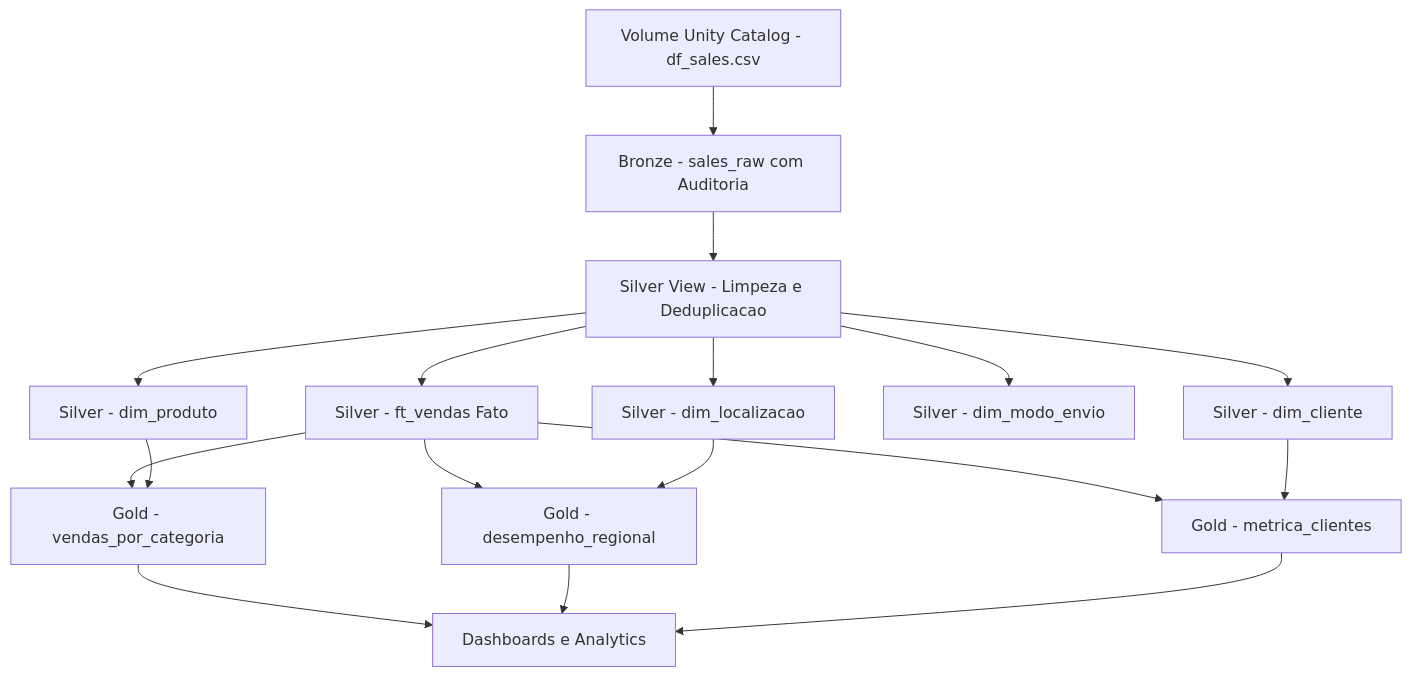
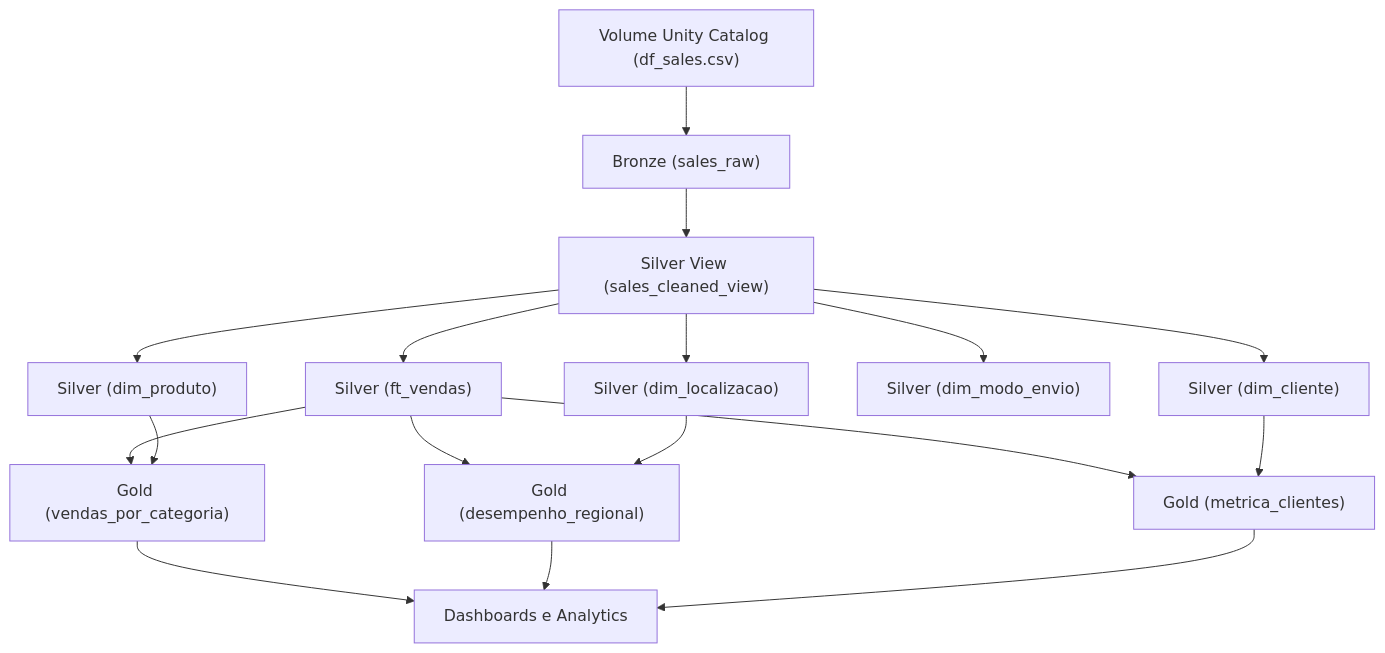
Before and after one commit to RafaelOCorrea/databricks-lakehouse-dataops: the first of 2 diagrams in README.md, drawn with Mermaid. The commit also changed other lines of this file, not shown here.

Commit message:
docs: use canonical graph syntax for 100% github mermaid compatibility

````diff
--- a/README.md
+++ b/README.md
@@ -15,32 +15,19 @@
 ```mermaid
-flowchart TD
-    RAW[Volume Unity Catalog - df_sales.csv]
-    B1[Bronze - sales_raw com Auditoria]
-    V_CLEAN[Silver View - Limpeza e Deduplicacao]
-    D_PROD[Silver - dim_produto]
-    D_CLI[Silver - dim_cliente]
-    D_LOC[Silver - dim_localizacao]
-    D_ENV[Silver - dim_modo_envio]
-    F_VENDAS[Silver - ft_vendas Fato]
-    G_CAT[Gold - vendas_por_categoria]
-    G_REG[Gold - desempenho_regional]
-    G_CLI[Gold - metrica_clientes]
-    BI[Dashboards e Analytics]
-
-    RAW --> B1
-    B1 --> V_CLEAN
-    V_CLEAN --> D_PROD
-    V_CLEAN --> D_CLI
-    V_CLEAN --> D_LOC
-    V_CLEAN --> D_ENV
-    V_CLEAN --> F_VENDAS
-    F_VENDAS --> G_CAT
-    F_VENDAS --> G_REG
-    F_VENDAS --> G_CLI
-    D_PROD --> G_CAT
-    D_LOC --> G_REG
-    D_CLI --> G_CLI
-    G_CAT --> BI
-    G_REG --> BI
-    G_CLI --> BI
+graph TD
+    A["Volume Unity Catalog (df_sales.csv)"] --> B["Bronze (sales_raw)"]
+    B --> C["Silver View (sales_cleaned_view)"]
+    C --> D1["Silver (dim_produto)"]
+    C --> D2["Silver (dim_cliente)"]
+    C --> D3["Silver (dim_localizacao)"]
+    C --> D4["Silver (dim_modo_envio)"]
+    C --> F["Silver (ft_vendas)"]
+    F --> G1["Gold (vendas_por_categoria)"]
+    F --> G2["Gold (desempenho_regional)"]
+    F --> G3["Gold (metrica_clientes)"]
+    D1 --> G1
+    D3 --> G2
+    D2 --> G3
+    G1 --> H["Dashboards e Analytics"]
+    G2 --> H
+    G3 --> H
 ```
````
